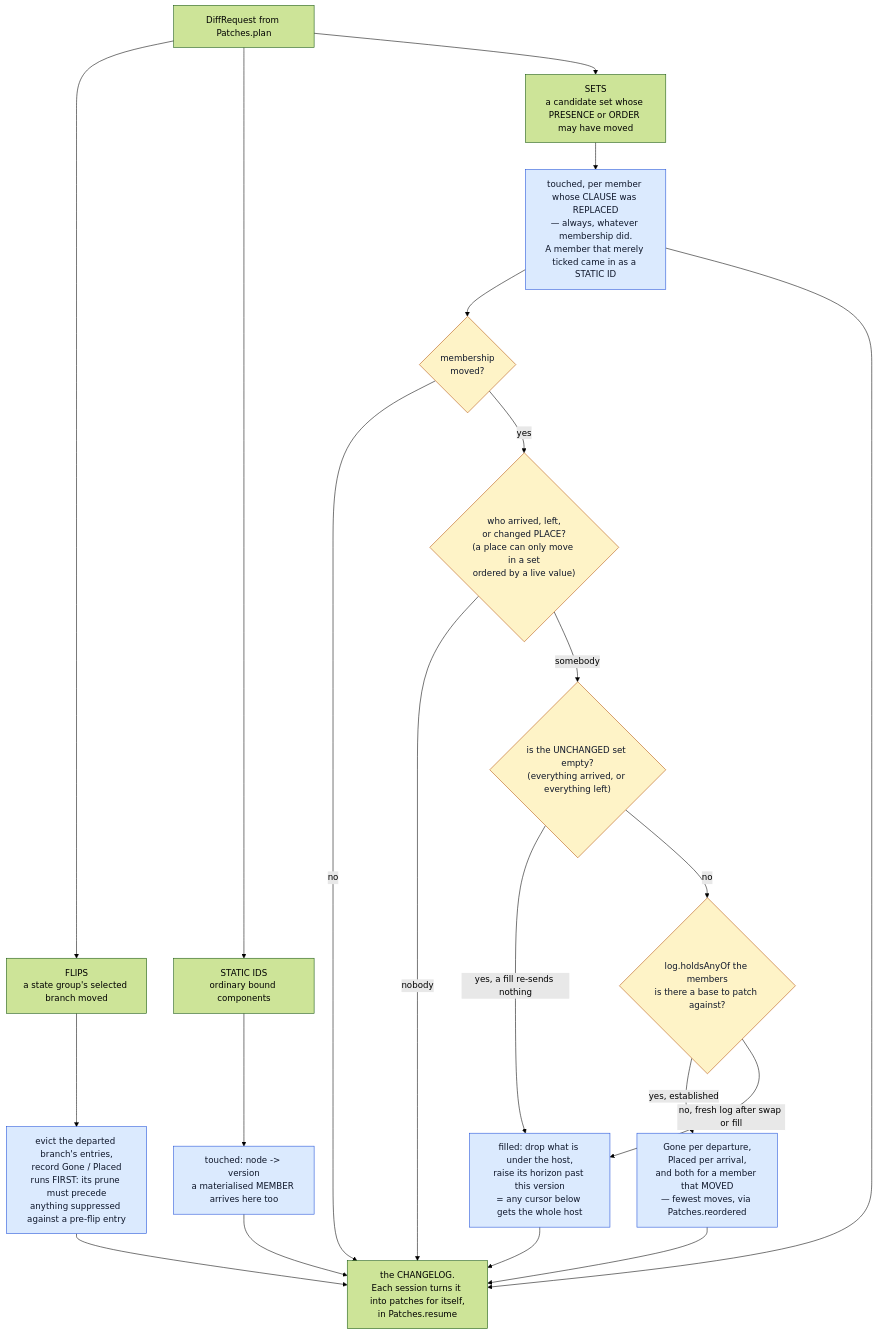
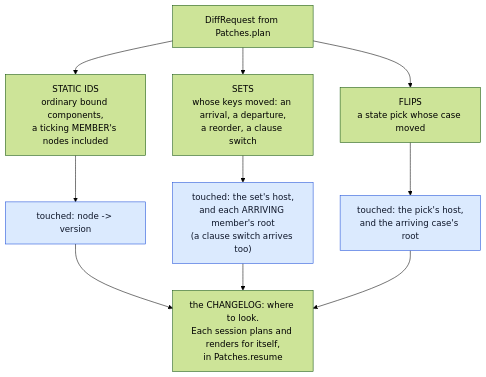
One commit to perok/functional-home-assistant changed the third of 6 diagrams in docs/architecture-rendering-pipeline.md. Above: the diagram before and after it, drawn with Mermaid (forest theme). The commit also changed other lines of this file and 32 other files, not shown here.

````diff
--- a/docs/architecture-rendering-pipeline.md
+++ b/docs/architecture-rendering-pipeline.md
@@ -656,34 +654,19 @@
 ```mermaid
 flowchart TB
   REQ["DiffRequest from Patches.plan"]
 
-  REQ --> FLIP["FLIPS<br/>a state group's selected branch moved"]
-  REQ --> STAT["STATIC IDS<br/>ordinary bound components"]
-  REQ --> DYN["SETS<br/>a candidate set whose PRESENCE or ORDER may have moved"]
+  REQ --> STAT["STATIC IDS<br/>ordinary bound components,<br/>a ticking MEMBER's nodes included"]
+  REQ --> DYN["SETS<br/>whose keys moved: an arrival, a departure,<br/>a reorder, a clause switch"]
+  REQ --> FLIP["FLIPS<br/>a state pick whose case moved"]
 
-  FLIP --> FLIPW["evict the departed branch's entries,<br/>record Gone / Placed<br/>runs FIRST: its prune must precede<br/>anything suppressed against a pre-flip entry"]
+  STAT --> STATW["touched: node -&gt; version"]
+  DYN --> DYNW["touched: the set's host,<br/>and each ARRIVING member's root<br/>(a clause switch arrives too)"]
+  FLIP --> FLIPW["touched: the pick's host,<br/>and the arriving case's root"]
 
-  STAT --> STATW["touched: node -&gt; version<br/>a materialised MEMBER arrives here too"]
-
-  DYN --> REPL["touched, per member whose CLAUSE was REPLACED<br/>— always, whatever membership did.<br/>A member that merely ticked came in as a STATIC ID"]
-  REPL --> SAME{"membership<br/>moved?"}
-  SAME -->|no| OUT
-  SAME -->|yes| SET{"who arrived, left,<br/>or changed PLACE?<br/>(a place can only move in a set<br/>ordered by a live value)"}
-  SET -->|nobody| OUT
-  SET -->|somebody| CHURN{"is the UNCHANGED set empty?<br/>(everything arrived, or everything left)"}
-  CHURN -->|yes, a fill re-sends nothing| FILL["filled: drop what is under the host,<br/>raise its horizon past this version<br/>= any cursor below gets the whole host"]
-  CHURN -->|no| EST{"log.holdsAnyOf the members<br/>is there a base to patch against?"}
-  EST -->|yes, established| DELTA["Gone per departure,<br/>Placed per arrival,<br/>and both for a member that MOVED<br/>— fewest moves, via Patches.reordered"]
-  EST -->|no, fresh log after swap or fill| FILL
-
-  FLIPW --> OUT["the CHANGELOG.<br/>Each session turns it into patches for itself,<br/>in Patches.resume"]
-  STATW --> OUT
-  REPL --> OUT
-  FILL --> OUT
-  DELTA --> OUT
+  STATW --> OUT["the CHANGELOG: where to look.<br/>Each session plans and renders for itself,<br/>in Patches.resume"]
+  DYNW --> OUT
+  FLIPW --> OUT
 
   classDef write fill:#dbeafe,stroke:#1d4ed8,color:#0f172a
-  classDef q fill:#fef3c7,stroke:#b45309,color:#0f172a
-  class FLIPW,STATW,REPL,FILL,DELTA write
-  class SAME,SET,CHURN,EST q
+  class STATW,DYNW,FLIPW write
 ```
````
